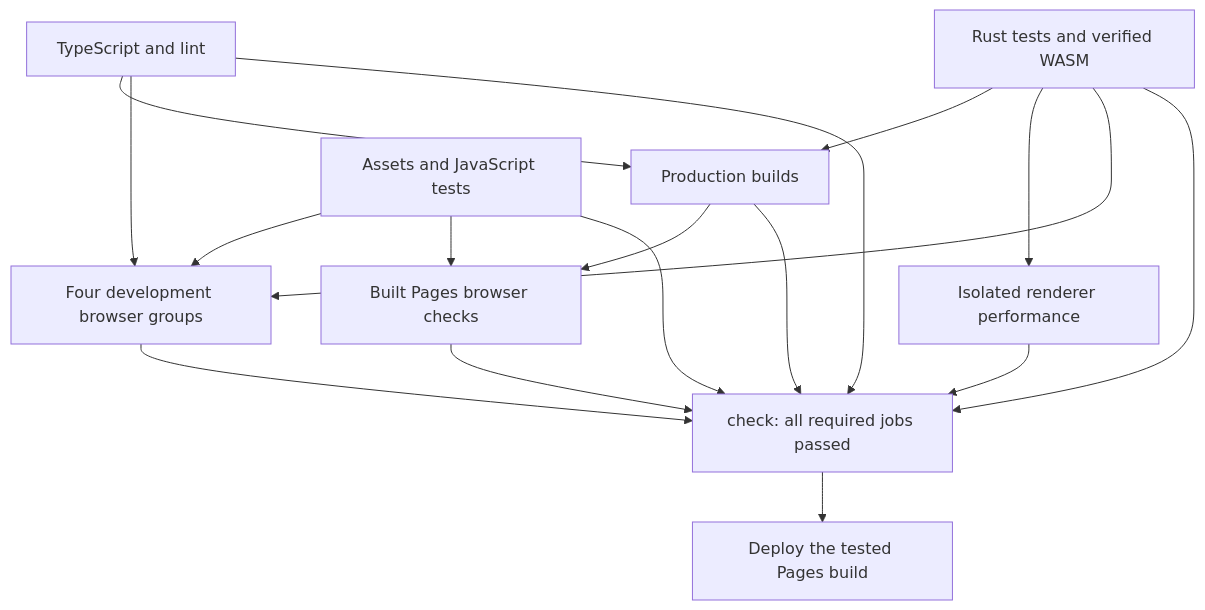
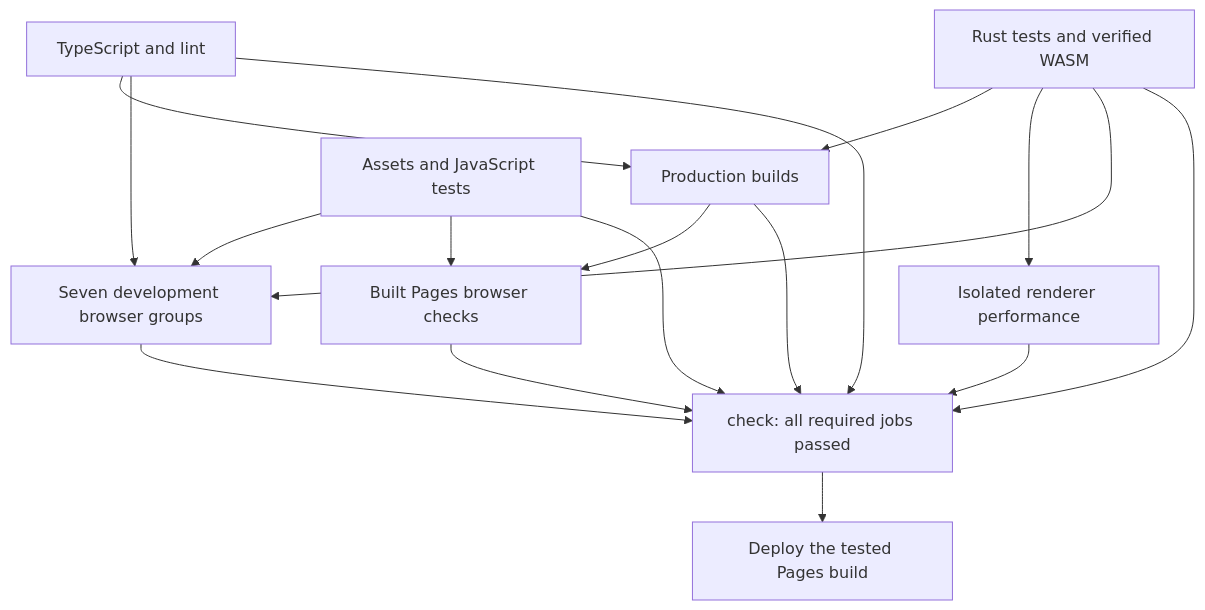
One commit to Idanbot/wasm-doom changed the diagram in docs/CI.md. Above: the diagram before and after it, drawn with Mermaid. The commit also changed other lines of this file and 13 other files, not shown here.

````diff
--- a/docs/CI.md
+++ b/docs/CI.md
@@ -7,19 +7,19 @@
 ```mermaid
 flowchart TD
     Q[TypeScript and lint] --> B[Production builds]
     E[Rust tests and verified WASM] --> B
     E --> P[Isolated renderer performance]
-    Q --> D[Four development browser groups]
+    Q --> D[Seven development browser groups]
     E --> D
     A[Assets and JavaScript tests] --> D
     B --> S[Built Pages browser checks]
     A --> S
     Q --> G[check: all required jobs passed]
     A --> G
     E --> G
     B --> G
     P --> G
     D --> G
     S --> G
     G --> R[Deploy the tested Pages build]
 ```
````
